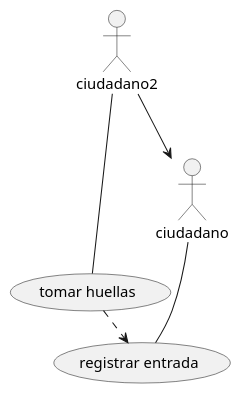
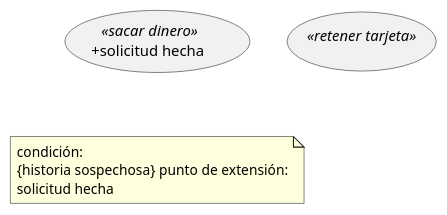
Before and after one commit to jorgealll/plantt1: the diagram in src/archivoplant.puml, drawn with PlantUML.

Commit message:
commit huellas

```diff
--- a/src/archivoplant.puml
+++ b/src/archivoplant.puml
@@ -1,12 +1,13 @@
 @startuml
 'https://plantuml.com/sequence-diagram
 
+(+solicitud hecha )<<sacar dinero>>
+(" ")<<retener tarjeta>>
 
-actor ciudadano
-actor ciudadano2
+note as N1
+condición:
+{historia sospechosa} punto de extensión:
+solicitud hecha
+end note
 
-ciudadano2 --> ciudadano
-ciudadano -- (registrar entrada)
-ciudadano2 -- (tomar huellas)
-(tomar huellas) .> (registrar entrada) : extend
 @enduml
```
